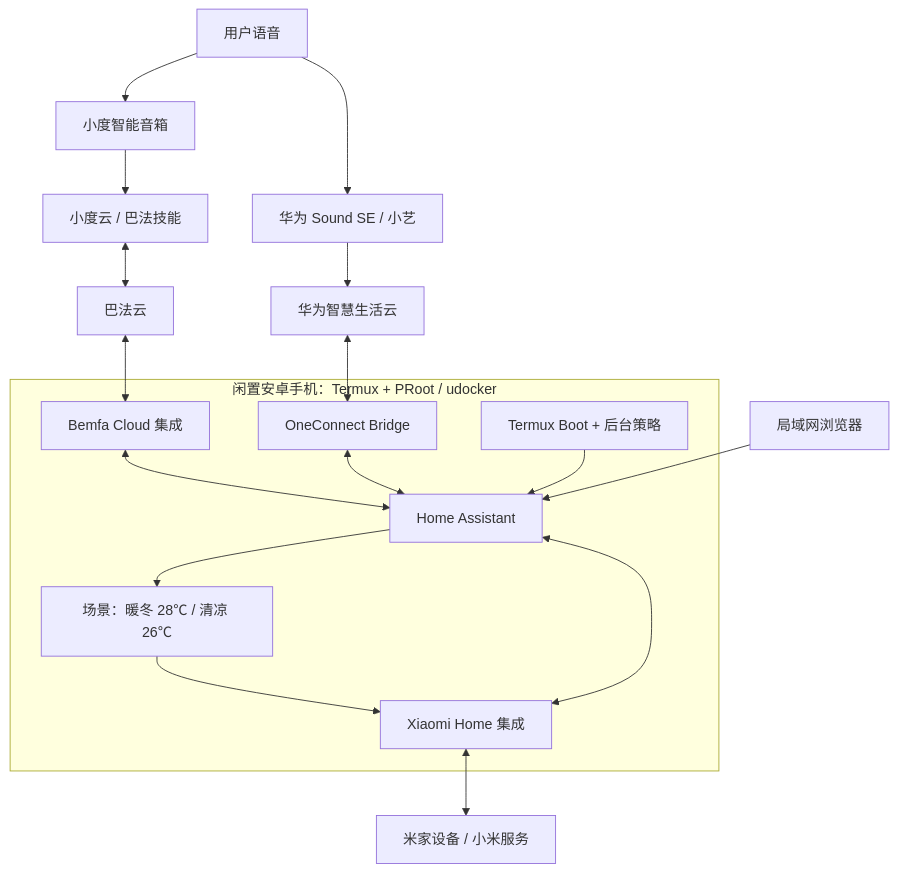
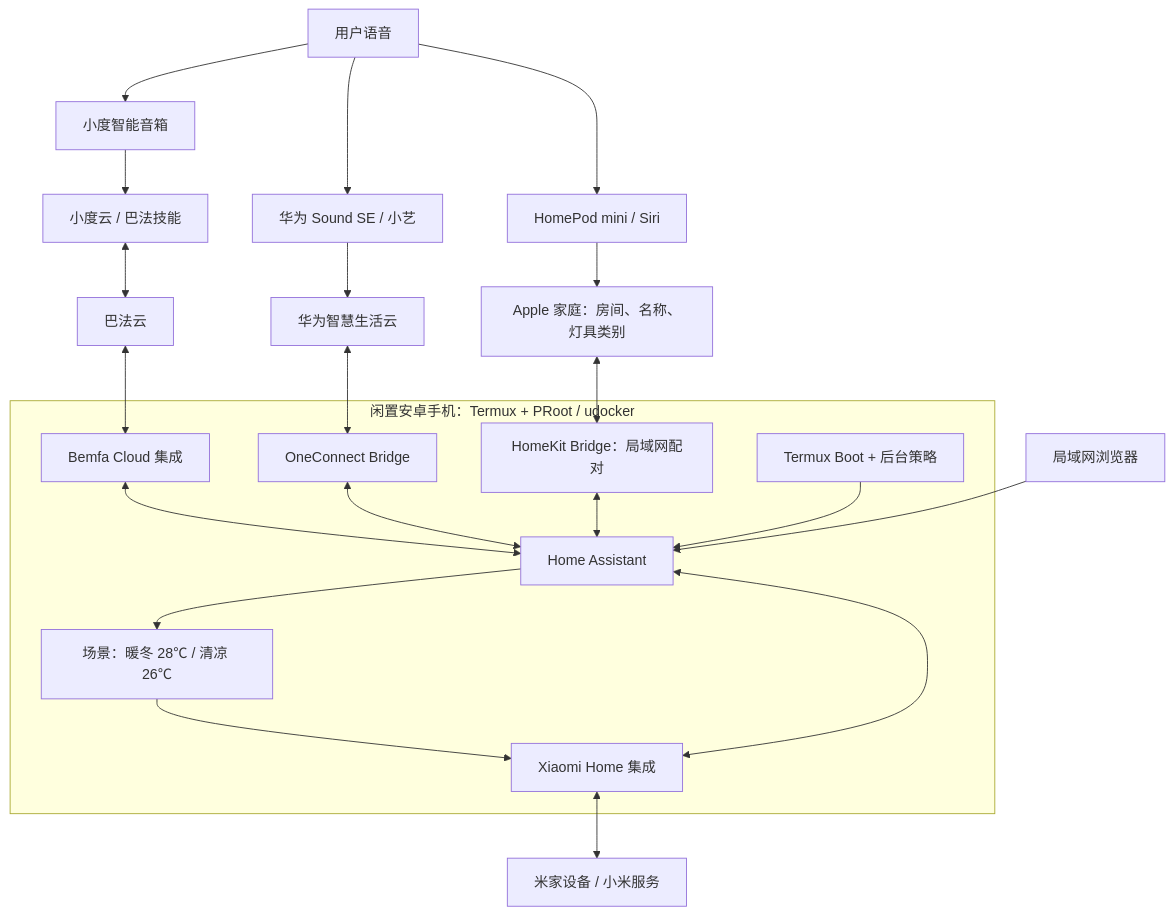
Before and after one commit to muziyongshixin/smart-speaker-ha-bridge: the diagram in README.md, drawn with Mermaid. The commit also changed other lines of this file and 7 other files, not shown here.

Commit message:
Add HomePod bridge guide, verified room control and detailed Chinese article

````diff
--- a/README.md
+++ b/README.md
@@ -13,20 +15,24 @@
 ```mermaid
 flowchart TB
   U[用户语音] --> D[小度智能音箱]
   U --> H[华为 Sound SE / 小艺]
+  U --> AP[HomePod mini / Siri]
+  AP --> AH[Apple 家庭：房间、名称、灯具类别]
+  AH <--> HK[HomeKit Bridge：局域网配对]
   D --> DC[小度云 / 巴法技能]
   DC <--> B[巴法云]
   H --> HC[华为智慧生活云]
   B <--> BC[Bemfa Cloud 集成]
   HC <--> OC[OneConnect Bridge]
   subgraph PHONE[闲置安卓手机：Termux + PRoot / udocker]
     BC <--> HA[Home Assistant]
     OC <--> HA
+    HK <--> HA
     HA --> SC[场景：暖冬 28℃ / 清凉 26℃]
     SC --> X[Xiaomi Home 集成]
     HA <--> X
     BOOT[Termux Boot + 后台策略] --> HA
   end
   X <--> MI[米家设备 / 小米服务]
   WEB[局域网浏览器] --> HA
 ```
````
